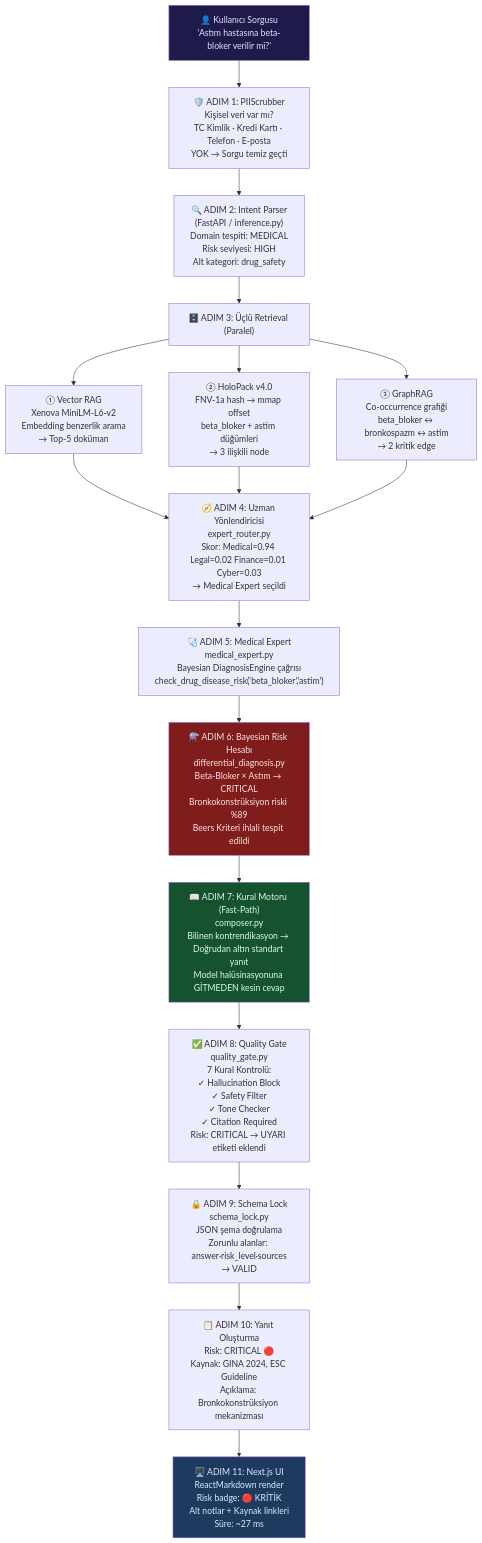
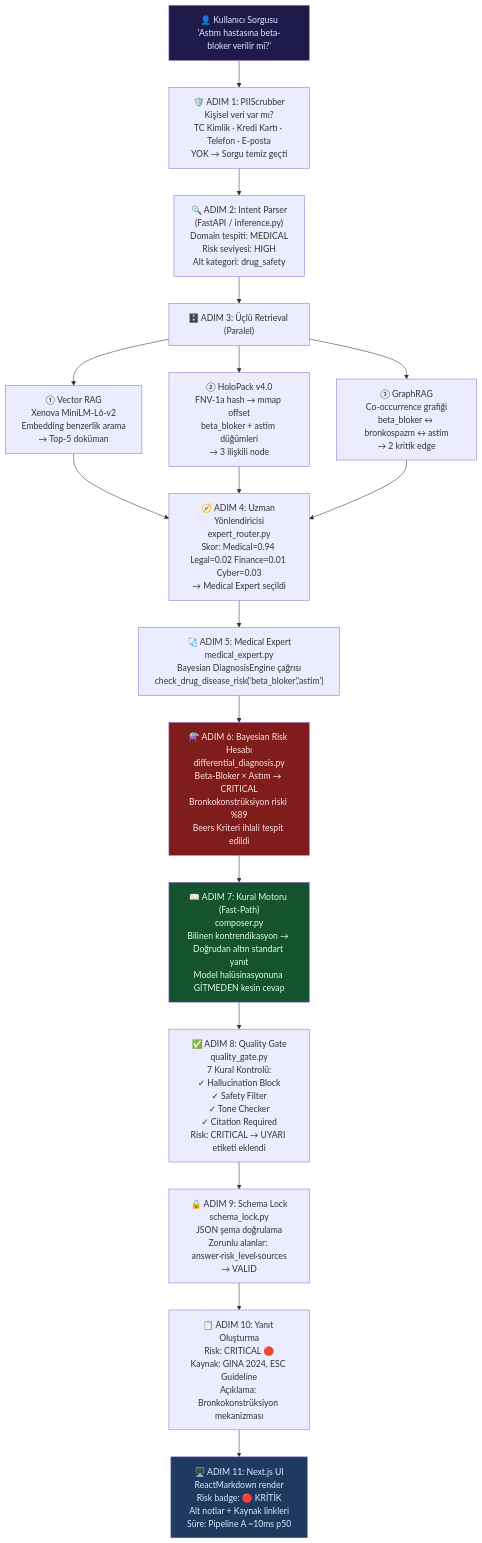
One commit to sakipfikrret/OmniEngine changed the diagram in README.md. Above: the diagram before and after it, drawn with Mermaid. The commit also changed other lines of this file and 9 other files, not shown here.

````diff
--- a/README.md
+++ b/README.md
@@ -194,37 +214,37 @@
 ```mermaid
 flowchart TD
     A["👤 Kullanıcı Sorgusu\n'Astım hastasına beta-bloker verilir mi?'"]
 
     A --> B["🛡️ ADIM 1: PIIScrubber\nKişisel veri var mı?\nTC Kimlik · Kredi Kartı · Telefon · E-posta\nYOK → Sorgu temiz geçti"]
 
     B --> C["🔍 ADIM 2: Intent Parser\n(FastAPI / inference.py)\nDomain tespiti: MEDICAL\nRisk seviyesi: HIGH\nAlt kategori: drug_safety"]
 
     C --> D["🗄️ ADIM 3: Üçlü Retrieval (Paralel)"]
 
     D --> D1["① Vector RAG\nXenova MiniLM-L6-v2\nEmbedding benzerlik arama\n→ Top-5 doküman"]
     D --> D2["② HoloPack v4.0\nFNV-1a hash → mmap offset\nbeta_bloker + astim düğümleri\n→ 3 ilişkili node"]
     D --> D3["③ GraphRAG\nCo-occurrence grafiği\nbeta_bloker ↔ bronkospazm ↔ astim\n→ 2 kritik edge"]
 
     D1 --> E["🧭 ADIM 4: Uzman Yönlendiricisi\nexpert_router.py\nSkor: Medical=0.94 Legal=0.02 Finance=0.01 Cyber=0.03\n→ Medical Expert seçildi"]
     D2 --> E
     D3 --> E
 
     E --> F["🩺 ADIM 5: Medical Expert\nmedical_expert.py\nBayesian DiagnosisEngine çağrısı\ncheck_drug_disease_risk('beta_bloker','astim')"]
 
     F --> G["⚗️ ADIM 6: Bayesian Risk Hesabı\ndifferential_diagnosis.py\nBeta-Bloker × Astım → CRITICAL\nBronkokonstrüksiyon riski %89\nBeers Kriteri ihlali tespit edildi"]
 
     G --> H["📖 ADIM 7: Kural Motoru (Fast-Path)\ncomposer.py\nBilinen kontrendikasyon → Doğrudan altın standart yanıt\nModel halüsinasyonuna GİTMEDEN kesin cevap"]
 
     H --> I["✅ ADIM 8: Quality Gate\nquality_gate.py\n7 Kural Kontrolü:\n✓ Hallucination Block\n✓ Safety Filter\n✓ Tone Checker\n✓ Citation Required\nRisk: CRITICAL → UYARI etiketi eklendi"]
 
     I --> J["🔒 ADIM 9: Schema Lock\nschema_lock.py\nJSON şema doğrulama\nZorunlu alanlar: answer·risk_level·sources\n→ VALID"]
 
     J --> K["📋 ADIM 10: Yanıt Oluşturma\nRisk: CRITICAL 🔴\nKaynak: GINA 2024, ESC Guideline\nAçıklama: Bronkokonstrüksiyon mekanizması"]
 
-    K --> L["🖥️ ADIM 11: Next.js UI\nReactMarkdown render\nRisk badge: 🔴 KRİTİK\nAlt notlar + Kaynak linkleri\nSüre: ~27 ms"]
+    K --> L["🖥️ ADIM 11: Next.js UI\nReactMarkdown render\nRisk badge: 🔴 KRİTİK\nAlt notlar + Kaynak linkleri\nSüre: Pipeline A ~10ms p50"]
 
     style A fill:#1e1b4b,color:#e0e7ff
     style G fill:#7f1d1d,color:#fee2e2
     style H fill:#14532d,color:#dcfce7
     style L fill:#1e3a5f,color:#dbeafe
 ```
````
